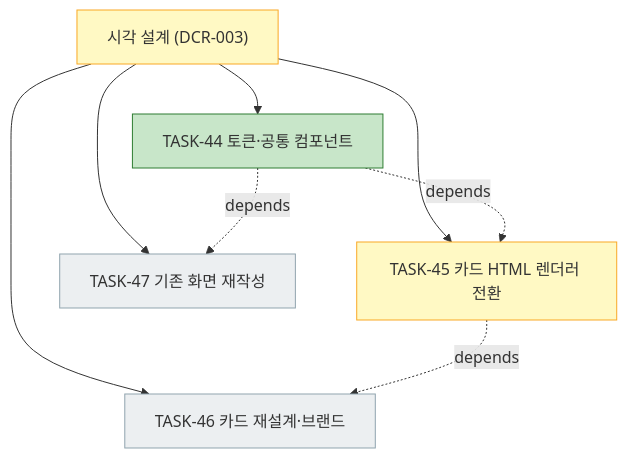
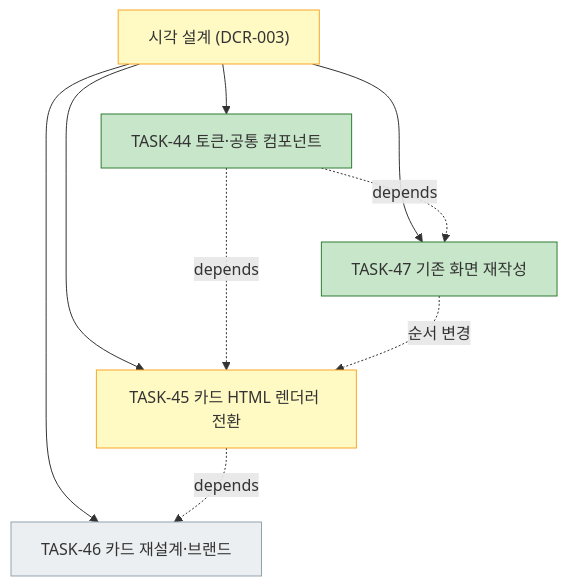
The fourth of 4 diagrams in docs/plan.md (bluesky5008/mathdesk), drawn with Mermaid before and after one commit. The commit also changed other lines of this file and 15 other files, not shown here.

First line of the commit message:
feat(web): TASK-47 기존 화면 5개를 공통 컴포넌트 위로 재작성

````diff
--- a/docs/plan.md
+++ b/docs/plan.md
@@ -211,14 +211,15 @@
 ```mermaid
 flowchart TD
     V["시각 설계 (DCR-003)"]:::active
     V --> T44["TASK-44 토큰·공통 컴포넌트"]:::done
+    V --> T47["TASK-47 기존 화면 재작성"]:::done
     V --> T45["TASK-45 카드 HTML 렌더러 전환"]:::active
     V --> T46["TASK-46 카드 재설계·브랜드"]:::todo
-    V --> T47["TASK-47 기존 화면 재작성"]:::todo
+    T44 -. depends .-> T47
     T44 -. depends .-> T45
     T45 -. depends .-> T46
-    T44 -. depends .-> T47
+    T47 -. 순서 변경 .-> T45
     classDef done fill:#c8e6c9,stroke:#2e7d32
     classDef active fill:#fff9c4,stroke:#f9a825
     classDef todo fill:#eceff1,stroke:#90a4ae
 ```
````
